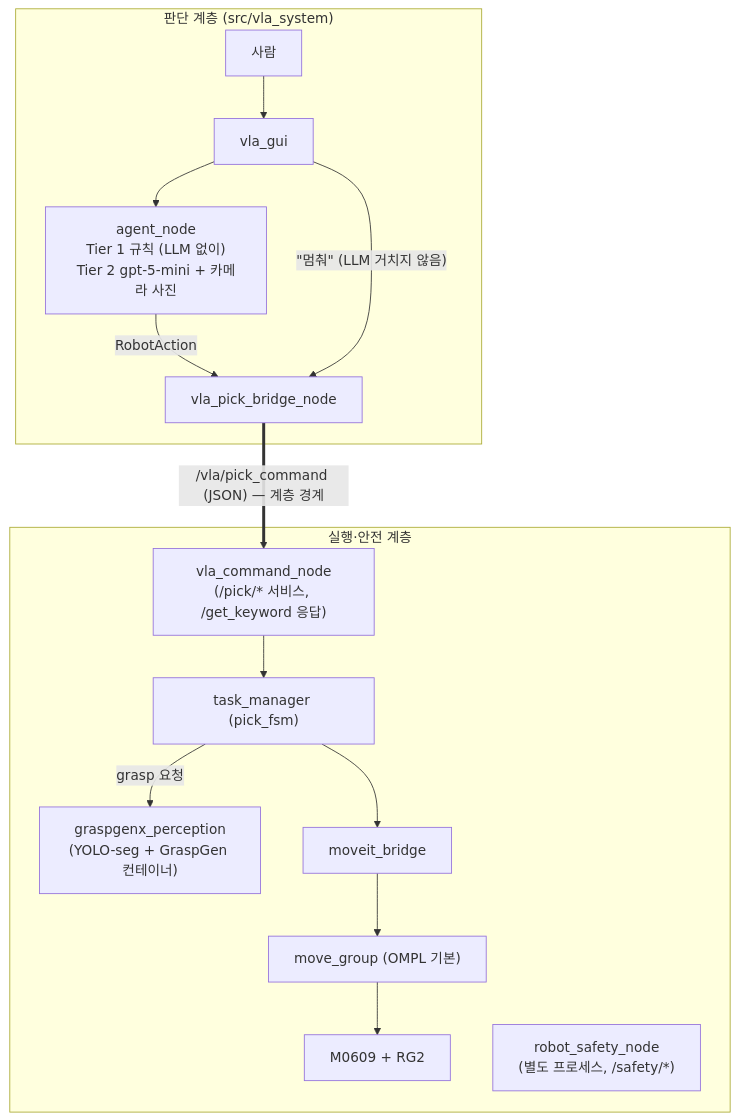
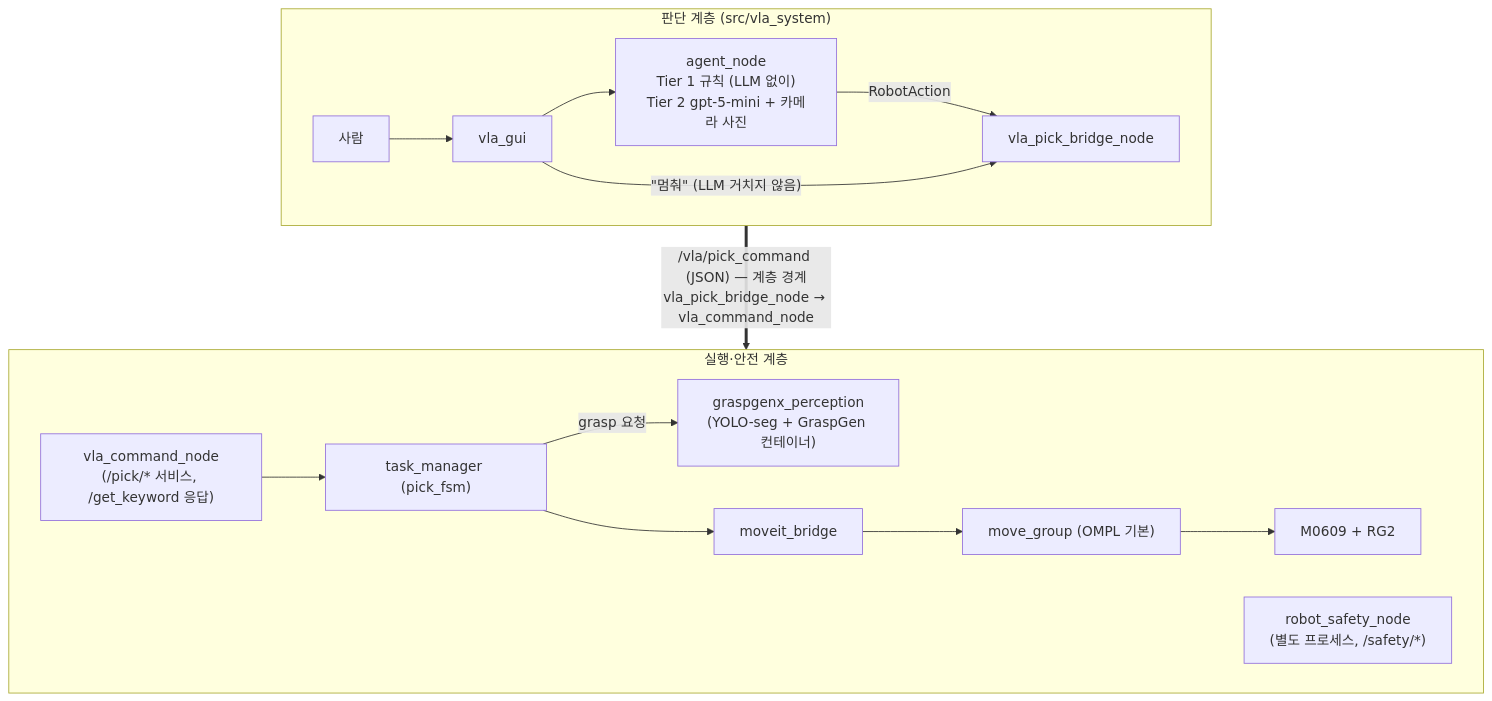
Before and after one commit to gwanhuiGIM/Rokey_cobot2: the first of 2 diagrams in README.md, drawn with Mermaid. The commit also changed other lines of this file, not shown here.

````diff
--- a/README.md
+++ b/README.md
@@ -12,15 +15,17 @@
 ```mermaid
 flowchart TB
     subgraph JUDGE["판단 계층 (src/vla_system)"]
+        direction LR
         P["사람"] --> GUI["vla_gui"] --> AG["agent_node<br/>Tier 1 규칙 (LLM 없이)<br/>Tier 2 gpt-5-mini + 카메라 사진"]
         AG -->|"RobotAction"| BR["vla_pick_bridge_node"]
         GUI -->|"&quot;멈춰&quot; (LLM 거치지 않음)"| BR
     end
-    BR ==>|"/vla/pick_command (JSON) — 계층 경계"| CMD
+    JUDGE ==>|"/vla/pick_command (JSON) — 계층 경계<br/>vla_pick_bridge_node → vla_command_node"| EXEC
     subgraph EXEC["실행·안전 계층"]
+        direction LR
         CMD["vla_command_node<br/>(/pick/* 서비스, /get_keyword 응답)"] --> TM["task_manager (pick_fsm)"]
         TM -->|"grasp 요청"| GG["graspgenx_perception<br/>(YOLO-seg + GraspGen 컨테이너)"]
         TM --> MB["moveit_bridge"] --> MG["move_group (OMPL 기본)"] --> ROBOT["M0609 + RG2"]
         SAFE["robot_safety_node<br/>(별도 프로세스, /safety/*)"]
     end
 ```
````
